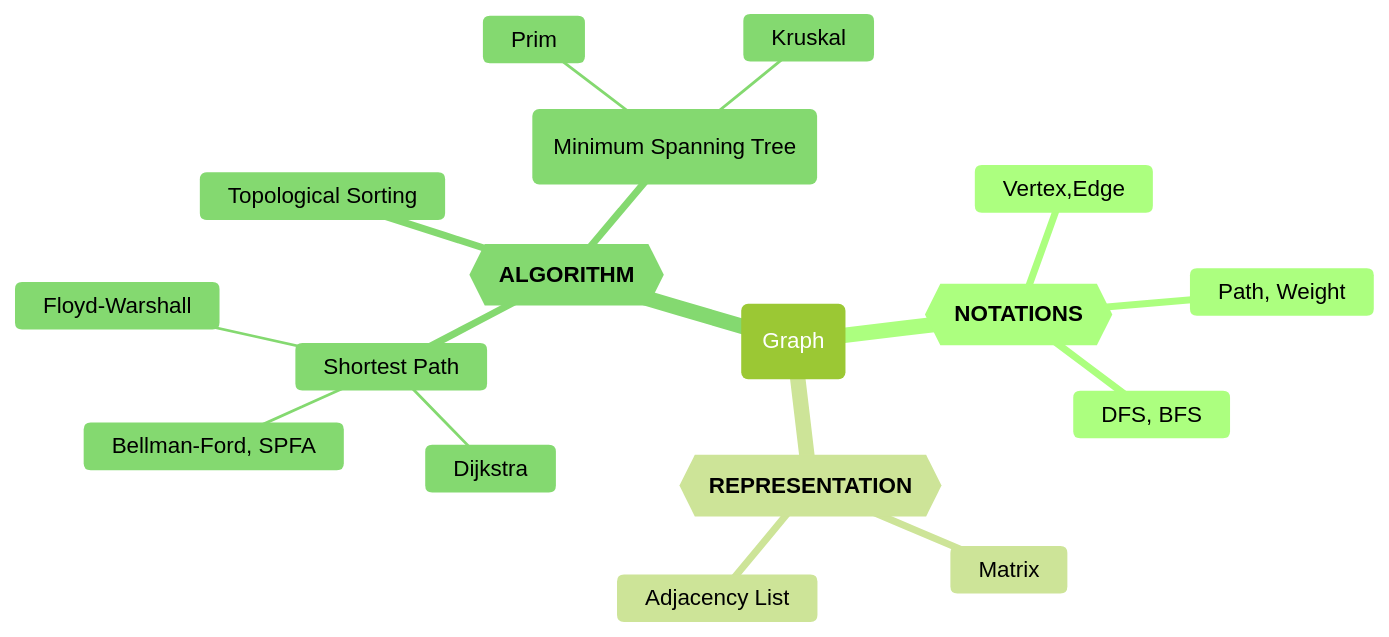
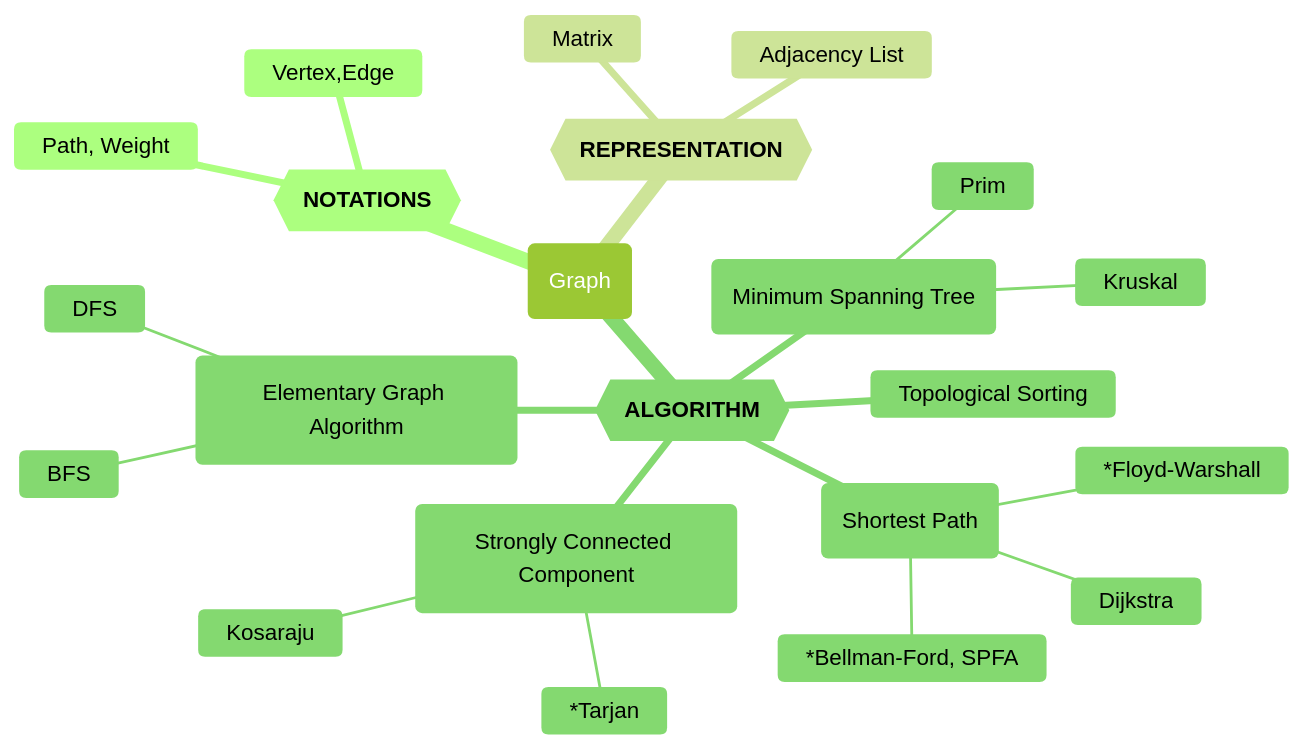
Before and after one commit to GMyhf/2024spring-cs201: the diagram in graph_questions.md, drawn with Mermaid (forest theme). The commit also changed other lines of this file, not shown here.

````diff
--- a/graph_questions.md
+++ b/graph_questions.md
@@ -27,24 +27,29 @@
 ```mermaid
 mindmap
-  Graph(Graph)
-    Notations{{**NOTATIONS**}}
+  Graph (Graph)
+    Notation{{**NOTATIONS**}}
     	Vertex,Edge
     	Path, Weight
-    	DFS, BFS
       
     Representation{{**REPRESENTATION**}}
       Matrix
       Adjacency List
       
     Algorithm{{**ALGORITHM**}}
-    	Shortest Path
+    	Elementary Graph Algorithms(Elementary Graph Algorithm)
+    		BFS
+    		DFS
+    	Shortest Path(Shortest Path)
     		Dijkstra
-    		Bellman-Ford, SPFA
-    		Floyd-Warshall 
+    		*Bellman-Ford, SPFA
+    		*Floyd-Warshall 
     	Topological Sorting
     	MST(Minimum Spanning Tree)
     		Prim
     		Kruskal
+    	SCC(Strongly Connected Component)
+    		Kosaraju
+    		*Tarjan
       
 
 ```
````
